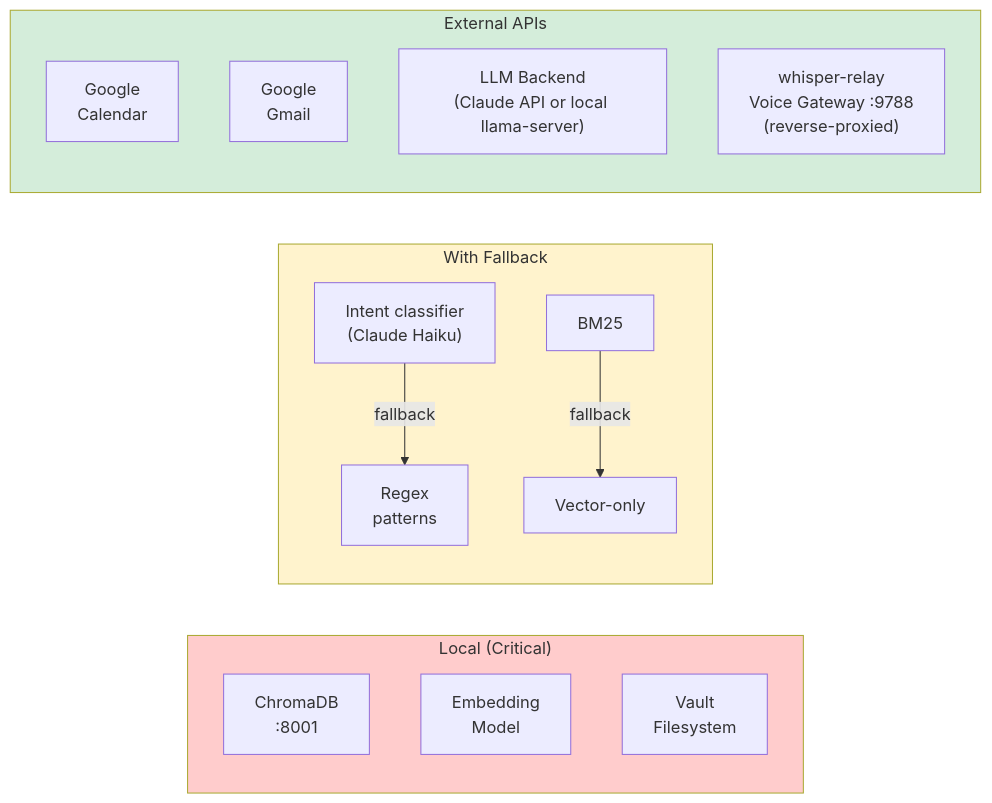
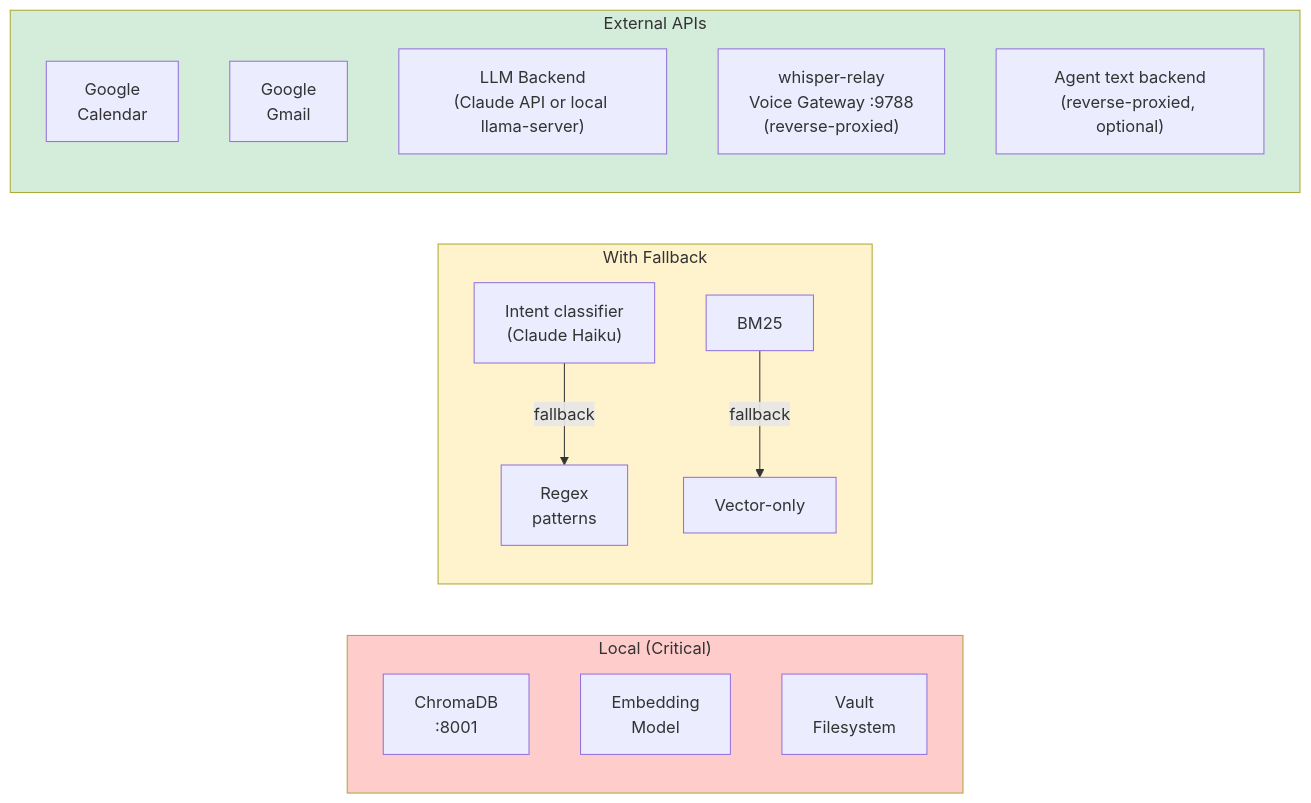
The third of 3 diagrams in README.md (nbramia/LifeOS), drawn with Mermaid before and after one commit. The commit also changed 1 other file, not shown here.

Commit message:
docs: voice + agent backend endpoints in api-reference + README (review round 1)

````diff
--- a/README.md
+++ b/README.md
@@ -272,27 +272,28 @@
 ```mermaid
 flowchart LR
     subgraph Local["Local (Critical)"]
         direction TB
         ChromaDB["ChromaDB\n:8001"]
         Embed["Embedding\nModel"]
         Vault["Vault\nFilesystem"]
     end
 
     subgraph Fallback["With Fallback"]
         direction TB
         Intent["Intent classifier\n(Claude Haiku)"] -->|fallback| Patterns["Regex\npatterns"]
         BM25["BM25"] -->|fallback| VecOnly["Vector-only"]
     end
 
     subgraph External["External APIs"]
         direction TB
         GCal["Google\nCalendar"]
         Gmail["Google\nGmail"]
         LLM["LLM Backend\n(Claude API or local llama-server)"]
         Voice["whisper-relay\nVoice Gateway :9788\n(reverse-proxied)"]
+        Agent["Agent text backend\n(reverse-proxied, optional)"]
     end
 
     style Local fill:#ffcccc
     style Fallback fill:#fff3cd
     style External fill:#d4edda
 ```
````
